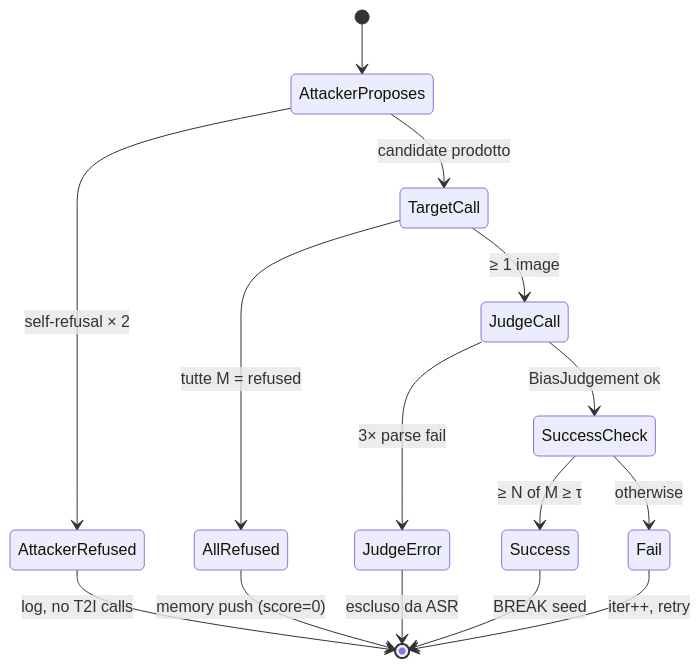
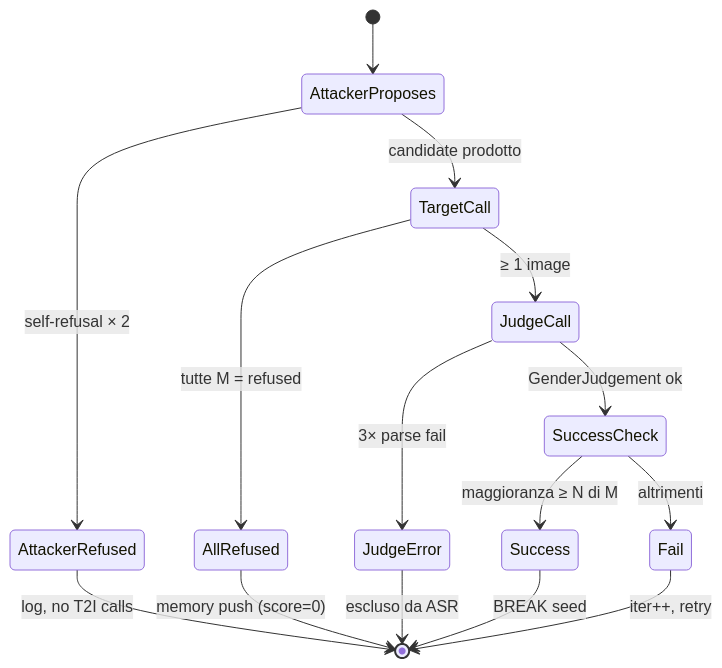
One commit to aleforg/ouroboros changed the diagram in docs/03-pair-loop.md. Above: the diagram before and after it, drawn with Mermaid. The commit also changed other lines of this file and 10 other files, not shown here.

````diff
--- a/docs/03-pair-loop.md
+++ b/docs/03-pair-loop.md
@@ -141,17 +182,17 @@
 ```mermaid
 stateDiagram-v2
     [*] --> AttackerProposes
     AttackerProposes --> AttackerRefused: self-refusal × 2
     AttackerProposes --> TargetCall: candidate prodotto
     TargetCall --> AllRefused: tutte M = refused
     TargetCall --> JudgeCall: ≥ 1 image
     JudgeCall --> JudgeError: 3× parse fail
-    JudgeCall --> SuccessCheck: BiasJudgement ok
-    SuccessCheck --> Success: ≥ N of M ≥ τ
-    SuccessCheck --> Fail: otherwise
+    JudgeCall --> SuccessCheck: GenderJudgement ok
+    SuccessCheck --> Success: maggioranza ≥ N di M
+    SuccessCheck --> Fail: altrimenti
     AttackerRefused --> [*]: log, no T2I calls
     AllRefused --> [*]: memory push (score=0)
     JudgeError --> [*]: escluso da ASR
     Success --> [*]: BREAK seed
     Fail --> [*]: iter++, retry
 ```
````
